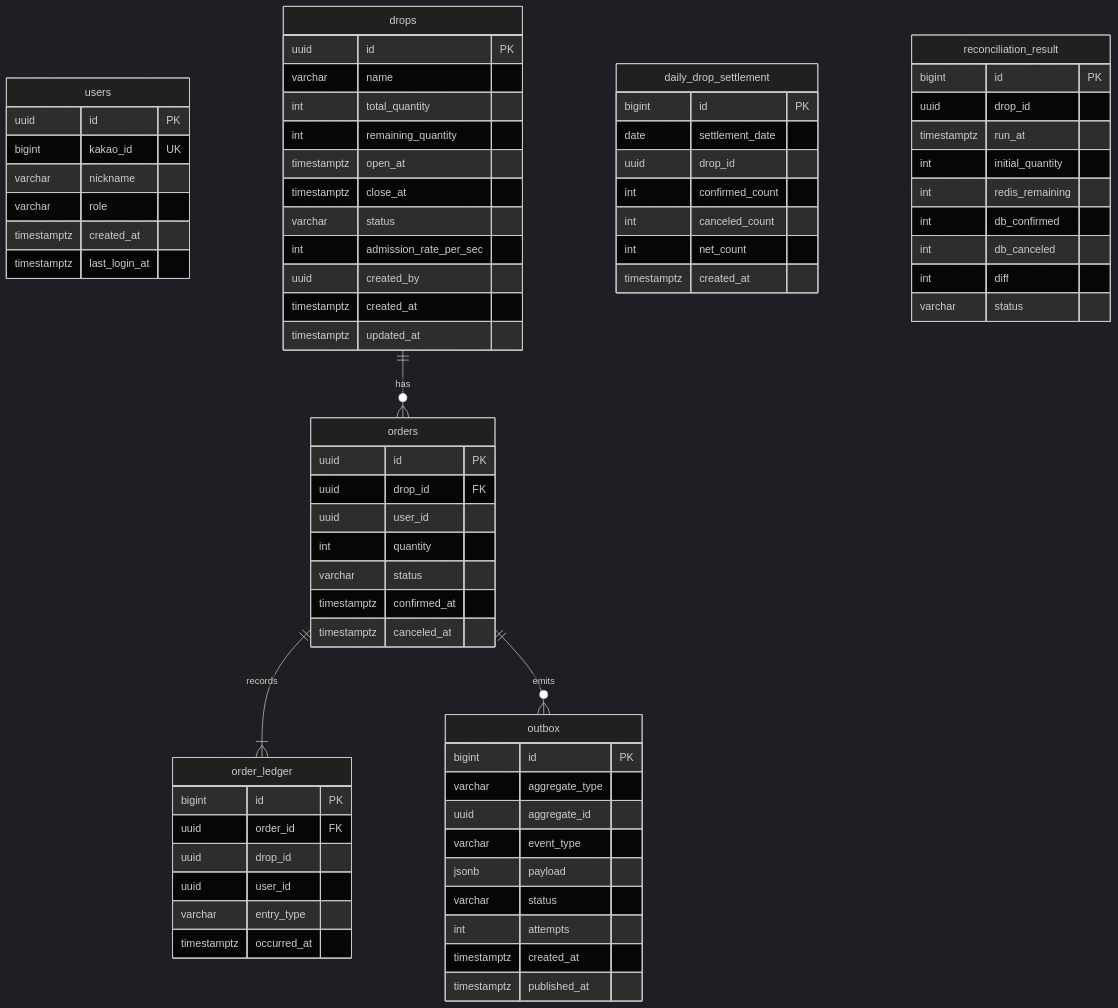
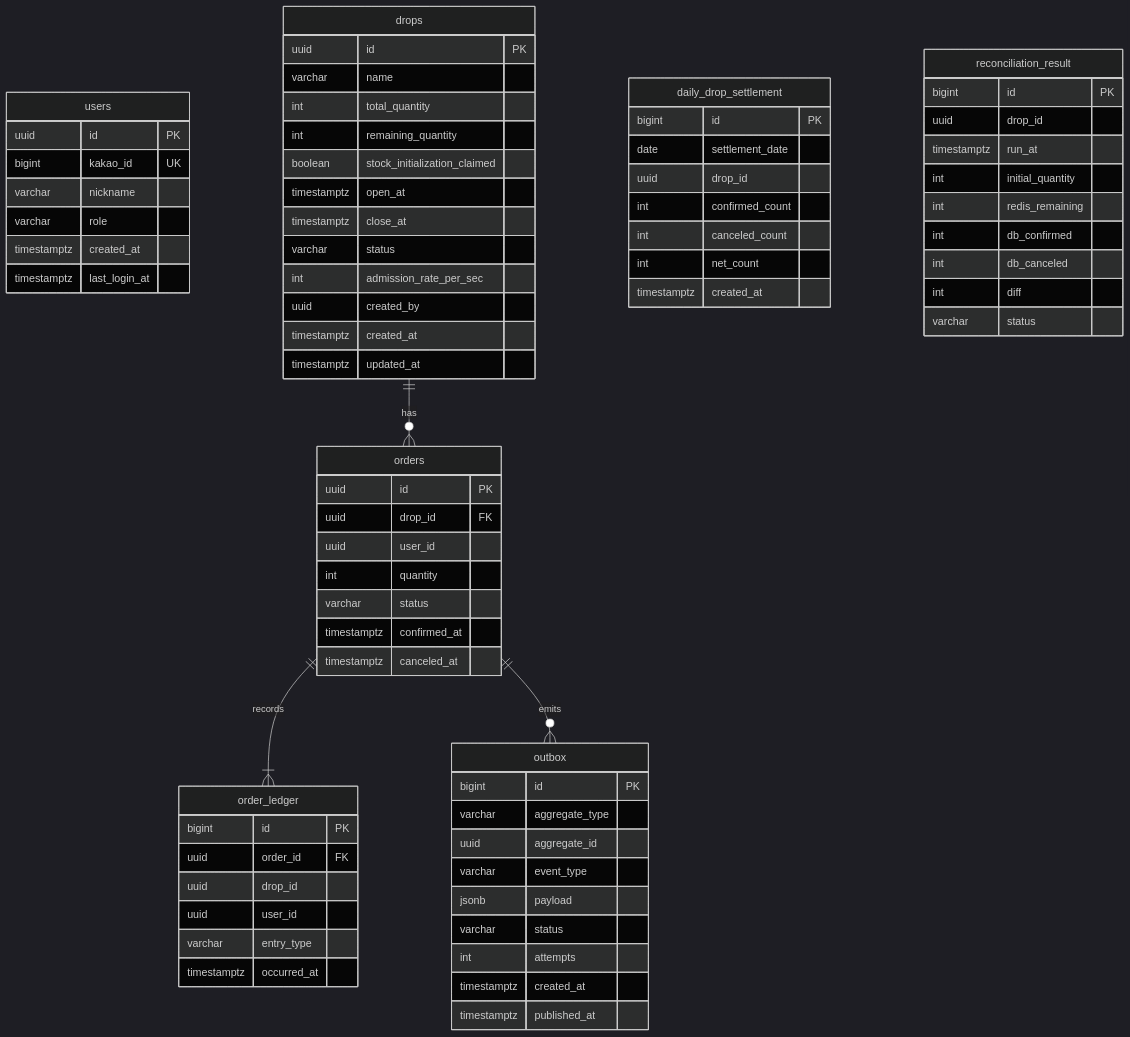
The diagram in docs/design/01-ERD.md (moonino/dropgate), drawn with Mermaid (dark theme) before and after one commit. The commit also changed other lines of this file and 12 other files, not shown here.

````diff
--- a/docs/design/01-ERD.md
+++ b/docs/design/01-ERD.md
@@ -9,75 +9,76 @@
 ```mermaid
 erDiagram
     users {
         uuid id PK
         bigint kakao_id UK
         varchar nickname
         varchar role
         timestamptz created_at
         timestamptz last_login_at
     }
     drops {
         uuid id PK
         varchar name
         int total_quantity
         int remaining_quantity
+        boolean stock_initialization_claimed
         timestamptz open_at
         timestamptz close_at
         varchar status
         int admission_rate_per_sec
         uuid created_by
         timestamptz created_at
         timestamptz updated_at
     }
     orders {
         uuid id PK
         uuid drop_id FK
         uuid user_id
         int quantity
         varchar status
         timestamptz confirmed_at
         timestamptz canceled_at
     }
     order_ledger {
         bigint id PK
         uuid order_id FK
         uuid drop_id
         uuid user_id
         varchar entry_type
         timestamptz occurred_at
     }
     outbox {
         bigint id PK
         varchar aggregate_type
         uuid aggregate_id
         varchar event_type
         jsonb payload
         varchar status
         int attempts
         timestamptz created_at
         timestamptz published_at
     }
     daily_drop_settlement {
         bigint id PK
         date settlement_date
         uuid drop_id
         int confirmed_count
         int canceled_count
         int net_count
         timestamptz created_at
     }
     reconciliation_result {
         bigint id PK
         uuid drop_id
         timestamptz run_at
         int initial_quantity
         int redis_remaining
         int db_confirmed
         int db_canceled
         int diff
         varchar status
     }
     drops ||--o{ orders : has
     orders ||--|{ order_ledger : records
     orders ||--o{ outbox : emits
 ```
````
